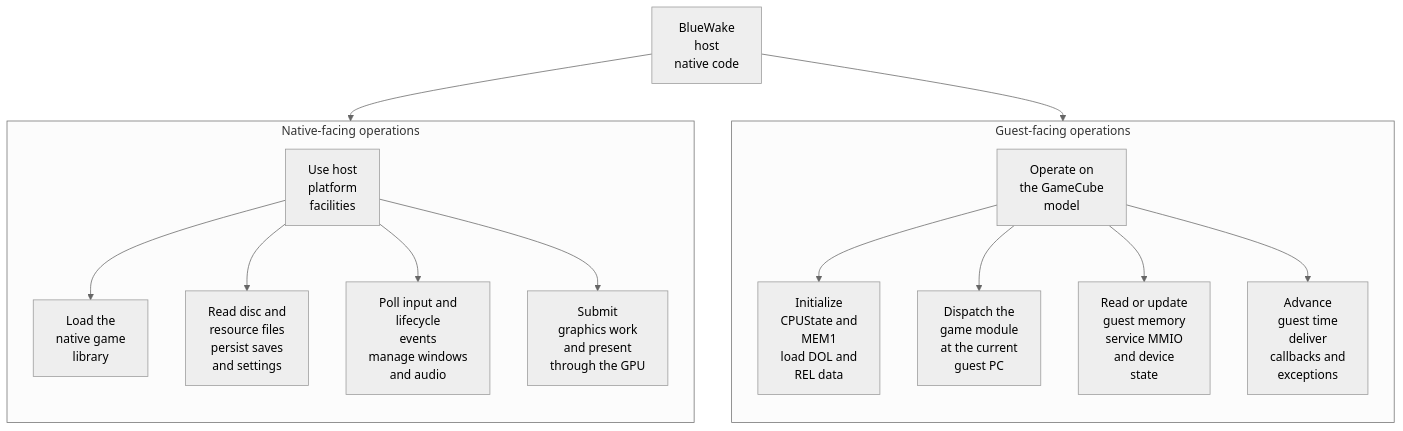
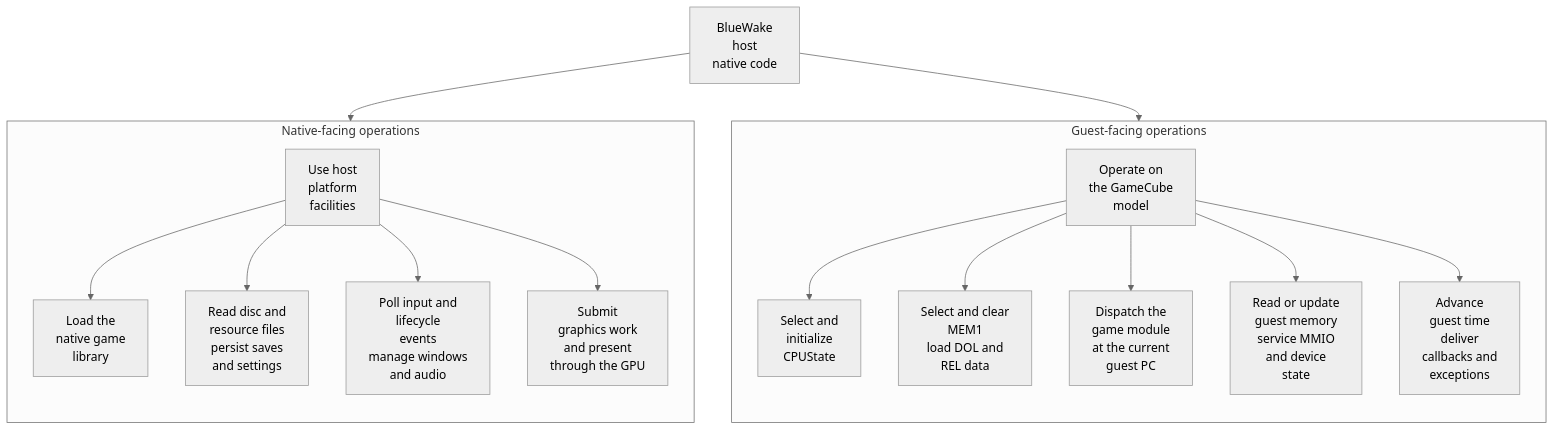
One commit to Aelbannan/boat_of_daphnes changed the second of 5 diagrams in docs/architecture/GuestState.md. Above: the diagram before and after it, drawn with Mermaid (neutral theme). The commit also changed other lines of this file, not shown here.

Commit message:
docs: align guest-state diagrams and ownership

````diff
--- a/docs/architecture/GuestState.md
+++ b/docs/architecture/GuestState.md
@@ -176,66 +178,69 @@
 ```mermaid
 flowchart TD
     Host["`BlueWake
 host
 native code`"]
 
     subgraph Guest["Guest-facing operations"]
         direction TB
         GuestWork["`Operate on
 the GameCube
 model`"]
-        Initialize["`Initialize
-CPUState and
+        CPUInit["`Select and
+initialize
+CPUState`"]
+        MemoryInit["`Select and clear
 MEM1
 load DOL and
 REL data`"]
         Dispatch["`Dispatch the
 game module
 at the current
 guest PC`"]
         Service["`Read or update
 guest memory
 service MMIO
 and device
 state`"]
         Events["`Advance
 guest time
 deliver
 callbacks and
 exceptions`"]
-        GuestWork --> Initialize
+        GuestWork --> CPUInit
+        GuestWork --> MemoryInit
         GuestWork --> Dispatch
         GuestWork --> Service
         GuestWork --> Events
     end
 
     subgraph Native["Native-facing operations"]
         direction TB
         NativeWork["`Use host
 platform
 facilities`"]
         Module["`Load the
 native game
 library`"]
         Files["`Read disc and
 resource files
 persist saves
 and settings`"]
         Platform["`Poll input and
 lifecycle
 events
 manage windows
 and audio`"]
         Graphics["`Submit
 graphics work
 and present
 through the GPU`"]
         NativeWork --> Module
         NativeWork --> Files
         NativeWork --> Platform
         NativeWork --> Graphics
     end
 
     Host --> GuestWork
     Host --> NativeWork
 ```
````
